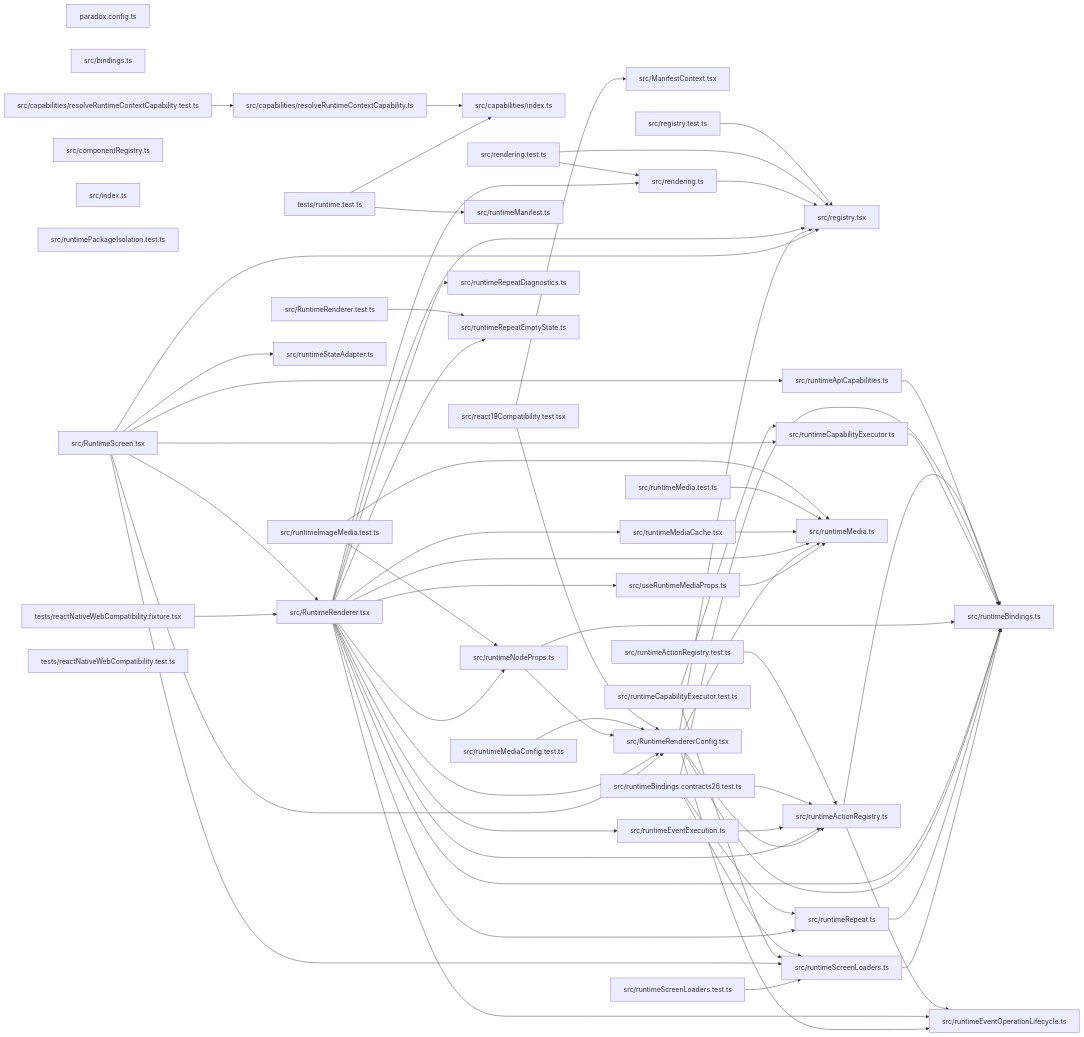
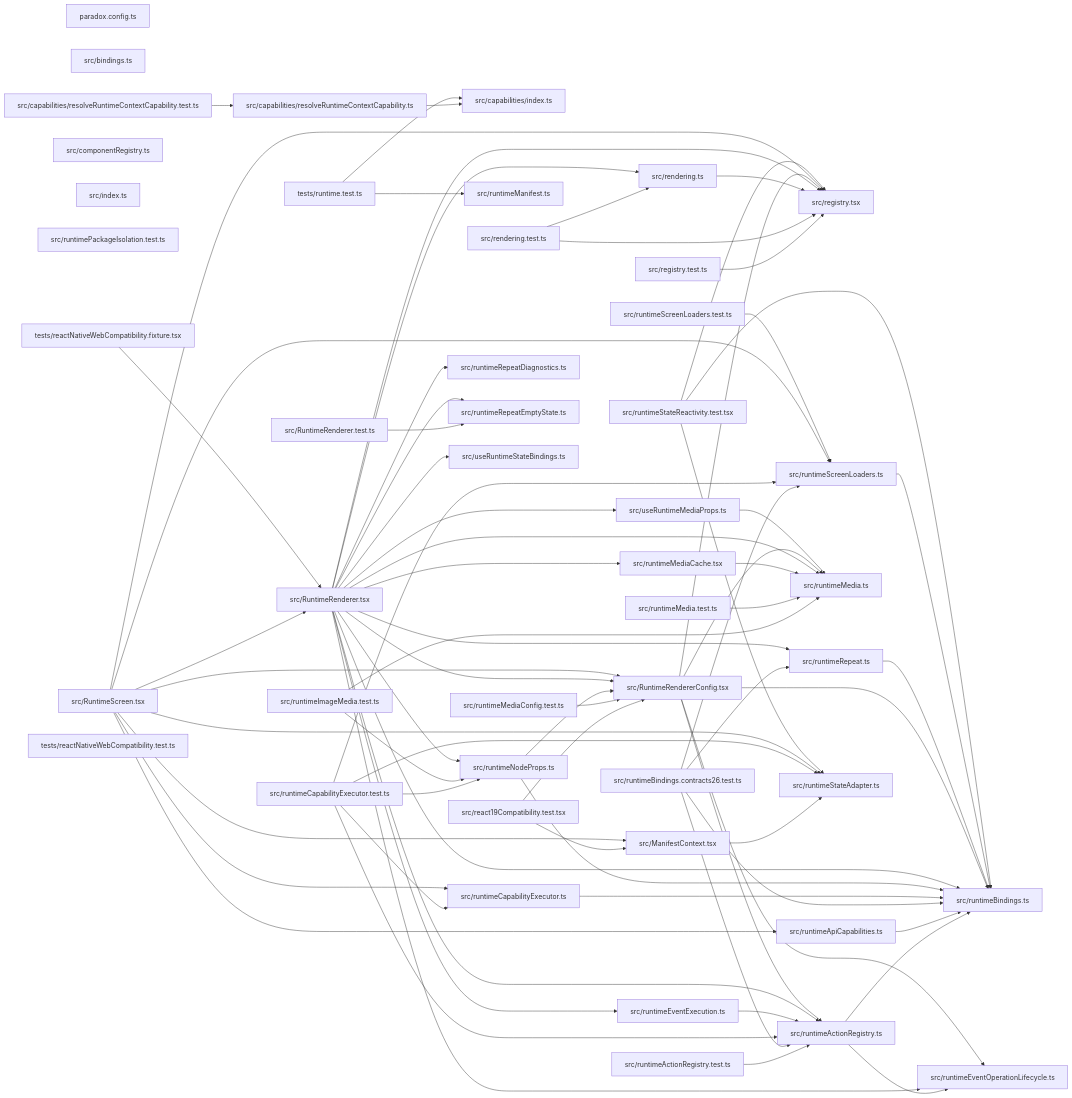
One commit to ankhorage/runtime changed the diagram in paradox/diagrams/module-relationships.mmd. Above: the diagram before and after it, drawn with Mermaid. The commit also changed 14 other files, not shown here.

```diff
--- a/paradox/diagrams/module-relationships.mmd
+++ b/paradox/diagrams/module-relationships.mmd
@@ -1,106 +1,117 @@
 graph LR
   module_paradox_config_ts["paradox.config.ts"]
   module_src_bindings_ts["src/bindings.ts"]
   module_src_capabilities_index_ts["src/capabilities/index.ts"]
   module_src_capabilities_resolveRuntimeContextCapability_test_ts["src/capabilities/resolveRuntimeContextCapability.test.ts"]
   module_src_capabilities_resolveRuntimeContextCapability_ts["src/capabilities/resolveRuntimeContextCapability.ts"]
   module_src_componentRegistry_ts["src/componentRegistry.ts"]
   module_src_index_ts["src/index.ts"]
   module_src_ManifestContext_tsx["src/ManifestContext.tsx"]
   module_src_react19Compatibility_test_tsx["src/react19Compatibility.test.tsx"]
   module_src_registry_test_ts["src/registry.test.ts"]
   module_src_registry_tsx["src/registry.tsx"]
   module_src_rendering_test_ts["src/rendering.test.ts"]
   module_src_rendering_ts["src/rendering.ts"]
   module_src_runtimeActionRegistry_test_ts["src/runtimeActionRegistry.test.ts"]
   module_src_runtimeActionRegistry_ts["src/runtimeActionRegistry.ts"]
   module_src_runtimeApiCapabilities_ts["src/runtimeApiCapabilities.ts"]
   module_src_runtimeBindings_contracts26_test_ts["src/runtimeBindings.contracts26.test.ts"]
   module_src_runtimeBindings_ts["src/runtimeBindings.ts"]
   module_src_runtimeCapabilityExecutor_test_ts["src/runtimeCapabilityExecutor.test.ts"]
   module_src_runtimeCapabilityExecutor_ts["src/runtimeCapabilityExecutor.ts"]
   module_src_runtimeEventExecution_ts["src/runtimeEventExecution.ts"]
   module_src_runtimeEventOperationLifecycle_ts["src/runtimeEventOperationLifecycle.ts"]
   module_src_runtimeImageMedia_test_ts["src/runtimeImageMedia.test.ts"]
   module_src_runtimeManifest_ts["src/runtimeManifest.ts"]
   module_src_runtimeMedia_test_ts["src/runtimeMedia.test.ts"]
   module_src_runtimeMedia_ts["src/runtimeMedia.ts"]
   module_src_runtimeMediaCache_tsx["src/runtimeMediaCache.tsx"]
   module_src_runtimeMediaConfig_test_ts["src/runtimeMediaConfig.test.ts"]
   module_src_runtimeNodeProps_ts["src/runtimeNodeProps.ts"]
   module_src_runtimePackageIsolation_test_ts["src/runtimePackageIsolation.test.ts"]
   module_src_RuntimeRenderer_test_ts["src/RuntimeRenderer.test.ts"]
   module_src_RuntimeRenderer_tsx["src/RuntimeRenderer.tsx"]
   module_src_RuntimeRendererConfig_tsx["src/RuntimeRendererConfig.tsx"]
   module_src_runtimeRepeat_ts["src/runtimeRepeat.ts"]
   module_src_runtimeRepeatDiagnostics_ts["src/runtimeRepeatDiagnostics.ts"]
   module_src_runtimeRepeatEmptyState_ts["src/runtimeRepeatEmptyState.ts"]
   module_src_RuntimeScreen_tsx["src/RuntimeScreen.tsx"]
   module_src_runtimeScreenLoaders_test_ts["src/runtimeScreenLoaders.test.ts"]
   module_src_runtimeScreenLoaders_ts["src/runtimeScreenLoaders.ts"]
   module_src_runtimeStateAdapter_ts["src/runtimeStateAdapter.ts"]
+  module_src_runtimeStateReactivity_test_tsx["src/runtimeStateReactivity.test.tsx"]
   module_src_useRuntimeMediaProps_ts["src/useRuntimeMediaProps.ts"]
+  module_src_useRuntimeStateBindings_ts["src/useRuntimeStateBindings.ts"]
   module_tests_reactNativeWebCompatibility_fixture_tsx["tests/reactNativeWebCompatibility.fixture.tsx"]
   module_tests_reactNativeWebCompatibility_test_ts["tests/reactNativeWebCompatibility.test.ts"]
   module_tests_runtime_test_ts["tests/runtime.test.ts"]
   module_src_capabilities_resolveRuntimeContextCapability_test_ts --> module_src_capabilities_resolveRuntimeContextCapability_ts
   module_src_capabilities_resolveRuntimeContextCapability_ts --> module_src_capabilities_index_ts
+  module_src_ManifestContext_tsx --> module_src_runtimeStateAdapter_ts
   module_src_react19Compatibility_test_tsx --> module_src_ManifestContext_tsx
   module_src_react19Compatibility_test_tsx --> module_src_RuntimeRendererConfig_tsx
   module_src_registry_test_ts --> module_src_registry_tsx
   module_src_rendering_test_ts --> module_src_registry_tsx
   module_src_rendering_test_ts --> module_src_rendering_ts
   module_src_rendering_ts --> module_src_registry_tsx
   module_src_runtimeActionRegistry_test_ts --> module_src_runtimeActionRegistry_ts
   module_src_runtimeActionRegistry_ts --> module_src_runtimeBindings_ts
   module_src_runtimeActionRegistry_ts --> module_src_runtimeEventOperationLifecycle_ts
   module_src_runtimeApiCapabilities_ts --> module_src_runtimeBindings_ts
   module_src_runtimeBindings_contracts26_test_ts --> module_src_runtimeActionRegistry_ts
   module_src_runtimeBindings_contracts26_test_ts --> module_src_runtimeBindings_ts
   module_src_runtimeBindings_contracts26_test_ts --> module_src_runtimeRepeat_ts
   module_src_runtimeBindings_contracts26_test_ts --> module_src_runtimeScreenLoaders_ts
+  module_src_runtimeCapabilityExecutor_test_ts --> module_src_runtimeActionRegistry_ts
   module_src_runtimeCapabilityExecutor_test_ts --> module_src_runtimeCapabilityExecutor_ts
+  module_src_runtimeCapabilityExecutor_test_ts --> module_src_runtimeNodeProps_ts
   module_src_runtimeCapabilityExecutor_test_ts --> module_src_runtimeScreenLoaders_ts
+  module_src_runtimeCapabilityExecutor_test_ts --> module_src_runtimeStateAdapter_ts
   module_src_runtimeCapabilityExecutor_ts --> module_src_runtimeBindings_ts
   module_src_runtimeEventExecution_ts --> module_src_runtimeActionRegistry_ts
   module_src_runtimeImageMedia_test_ts --> module_src_runtimeMedia_ts
   module_src_runtimeImageMedia_test_ts --> module_src_runtimeNodeProps_ts
   module_src_runtimeMedia_test_ts --> module_src_runtimeMedia_ts
   module_src_runtimeMediaCache_tsx --> module_src_runtimeMedia_ts
   module_src_runtimeMediaConfig_test_ts --> module_src_RuntimeRendererConfig_tsx
   module_src_runtimeNodeProps_ts --> module_src_runtimeBindings_ts
   module_src_runtimeNodeProps_ts --> module_src_RuntimeRendererConfig_tsx
   module_src_RuntimeRenderer_test_ts --> module_src_runtimeRepeatEmptyState_ts
   module_src_RuntimeRenderer_tsx --> module_src_registry_tsx
   module_src_RuntimeRenderer_tsx --> module_src_rendering_ts
   module_src_RuntimeRenderer_tsx --> module_src_runtimeActionRegistry_ts
   module_src_RuntimeRenderer_tsx --> module_src_runtimeBindings_ts
   module_src_RuntimeRenderer_tsx --> module_src_runtimeEventExecution_ts
   module_src_RuntimeRenderer_tsx --> module_src_runtimeEventOperationLifecycle_ts
   module_src_RuntimeRenderer_tsx --> module_src_runtimeMedia_ts
   module_src_RuntimeRenderer_tsx --> module_src_runtimeMediaCache_tsx
   module_src_RuntimeRenderer_tsx --> module_src_runtimeNodeProps_ts
   module_src_RuntimeRenderer_tsx --> module_src_RuntimeRendererConfig_tsx
   module_src_RuntimeRenderer_tsx --> module_src_runtimeRepeat_ts
   module_src_RuntimeRenderer_tsx --> module_src_runtimeRepeatDiagnostics_ts
   module_src_RuntimeRenderer_tsx --> module_src_runtimeRepeatEmptyState_ts
   module_src_RuntimeRenderer_tsx --> module_src_useRuntimeMediaProps_ts
+  module_src_RuntimeRenderer_tsx --> module_src_useRuntimeStateBindings_ts
   module_src_RuntimeRendererConfig_tsx --> module_src_registry_tsx
   module_src_RuntimeRendererConfig_tsx --> module_src_runtimeActionRegistry_ts
   module_src_RuntimeRendererConfig_tsx --> module_src_runtimeBindings_ts
   module_src_RuntimeRendererConfig_tsx --> module_src_runtimeEventOperationLifecycle_ts
   module_src_RuntimeRendererConfig_tsx --> module_src_runtimeMedia_ts
   module_src_runtimeRepeat_ts --> module_src_runtimeBindings_ts
+  module_src_RuntimeScreen_tsx --> module_src_ManifestContext_tsx
   module_src_RuntimeScreen_tsx --> module_src_registry_tsx
   module_src_RuntimeScreen_tsx --> module_src_runtimeApiCapabilities_ts
   module_src_RuntimeScreen_tsx --> module_src_runtimeCapabilityExecutor_ts
   module_src_RuntimeScreen_tsx --> module_src_RuntimeRenderer_tsx
   module_src_RuntimeScreen_tsx --> module_src_RuntimeRendererConfig_tsx
   module_src_RuntimeScreen_tsx --> module_src_runtimeScreenLoaders_ts
   module_src_RuntimeScreen_tsx --> module_src_runtimeStateAdapter_ts
   module_src_runtimeScreenLoaders_test_ts --> module_src_runtimeScreenLoaders_ts
   module_src_runtimeScreenLoaders_ts --> module_src_runtimeBindings_ts
+  module_src_runtimeStateReactivity_test_tsx --> module_src_registry_tsx
+  module_src_runtimeStateReactivity_test_tsx --> module_src_runtimeBindings_ts
+  module_src_runtimeStateReactivity_test_tsx --> module_src_runtimeStateAdapter_ts
   module_src_useRuntimeMediaProps_ts --> module_src_runtimeMedia_ts
   module_tests_reactNativeWebCompatibility_fixture_tsx --> module_src_RuntimeRenderer_tsx
   module_tests_runtime_test_ts --> module_src_capabilities_index_ts
   module_tests_runtime_test_ts --> module_src_runtimeManifest_ts
```
